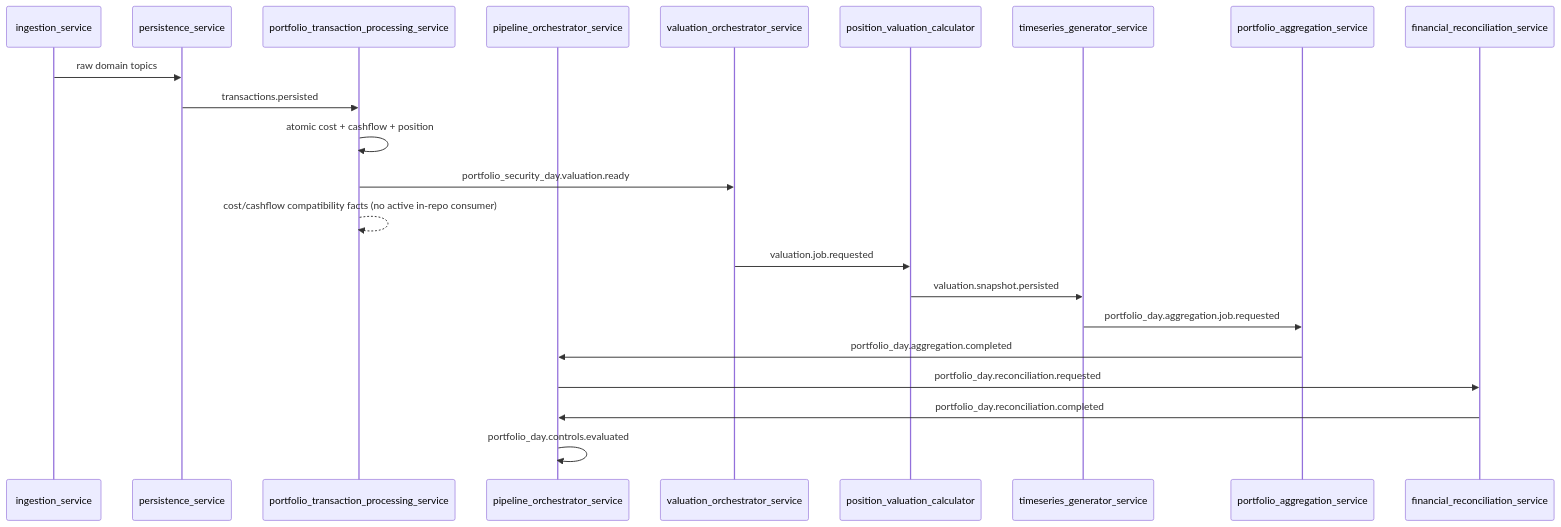
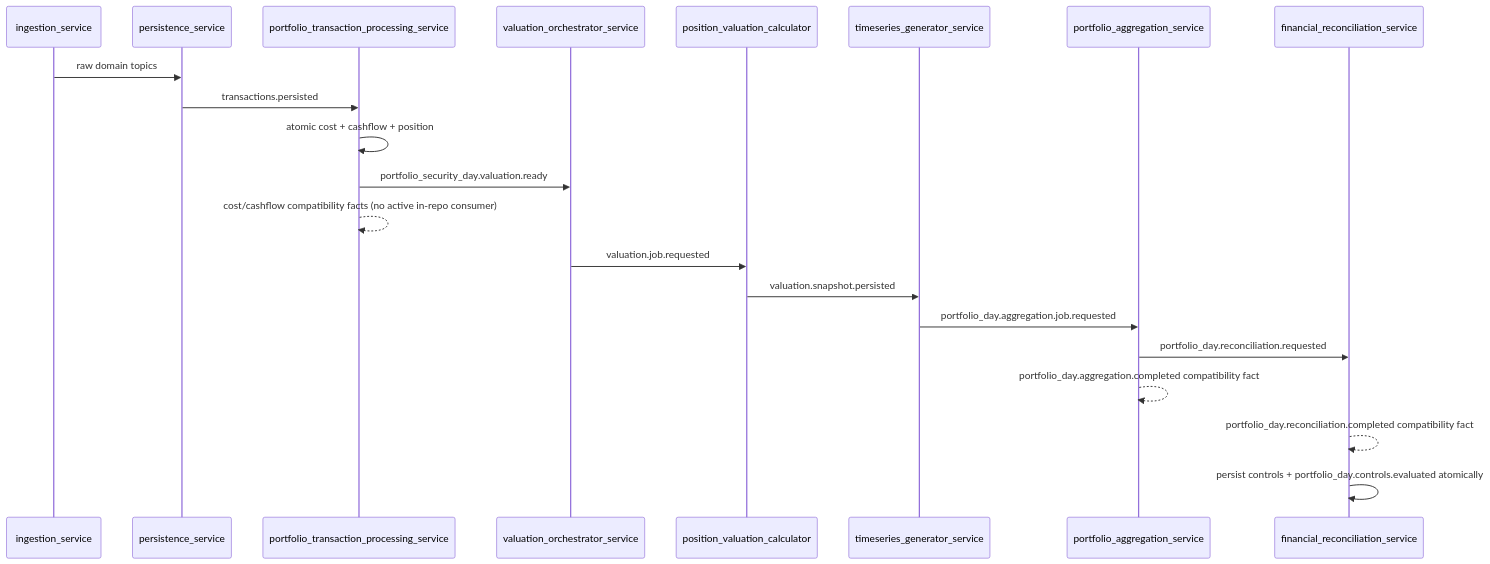
One commit to sgajbi/lotus-core changed the third of 3 diagrams in docs/architecture/current-state-architecture-map.md. Above: the diagram before and after it, drawn with Mermaid. The commit also changed other lines of this file and 17 other files, not shown here.

Commit message:
docs(architecture): record pipeline runtime retirement

````diff
--- a/docs/architecture/current-state-architecture-map.md
+++ b/docs/architecture/current-state-architecture-map.md
@@ -175,25 +172,24 @@
 ```mermaid
 sequenceDiagram
     participant Ingest as ingestion_service
     participant Persist as persistence_service
     participant Txn as portfolio_transaction_processing_service
-    participant Pipe as pipeline_orchestrator_service
     participant ValOrch as valuation_orchestrator_service
     participant Val as position_valuation_calculator
     participant Ts as timeseries_generator_service
     participant Agg as portfolio_aggregation_service
     participant Recon as financial_reconciliation_service
 
     Ingest->>Persist: raw domain topics
     Persist->>Txn: transactions.persisted
     Txn->>Txn: atomic cost + cashflow + position
     Txn->>ValOrch: portfolio_security_day.valuation.ready
     Txn-->>Txn: cost/cashflow compatibility facts (no active in-repo consumer)
     ValOrch->>Val: valuation.job.requested
     Val->>Ts: valuation.snapshot.persisted
     Ts->>Agg: portfolio_day.aggregation.job.requested
-    Agg->>Pipe: portfolio_day.aggregation.completed
-    Pipe->>Recon: portfolio_day.reconciliation.requested
-    Recon->>Pipe: portfolio_day.reconciliation.completed
-    Pipe->>Pipe: portfolio_day.controls.evaluated
+    Agg->>Recon: portfolio_day.reconciliation.requested
+    Agg-->>Agg: portfolio_day.aggregation.completed compatibility fact
+    Recon-->>Recon: portfolio_day.reconciliation.completed compatibility fact
+    Recon->>Recon: persist controls + portfolio_day.controls.evaluated atomically
 ```
````
